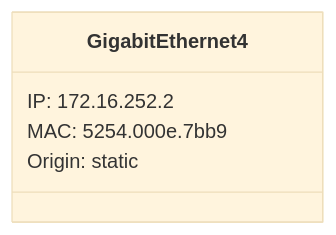
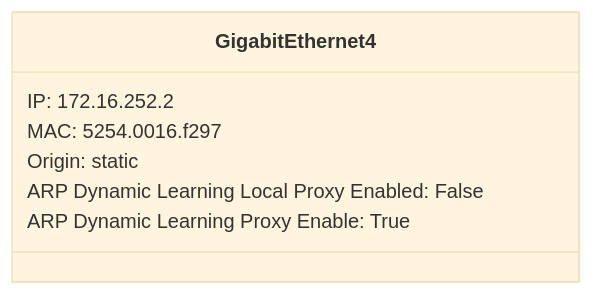
The sixth of 11 diagrams in Examples/IOS-XE/dist-rtr01 arp class.md (automateyournetwork/pyYAHTS), drawn with Mermaid (base theme) before and after one commit. The commit also changed other lines of this file and 34 other files, not shown here.

Commit message:
ios-xe class diagrams

````diff
--- a/Examples/IOS-XE/dist-rtr01 arp class.md
+++ b/Examples/IOS-XE/dist-rtr01 arp class.md
@@ -42,8 +52,10 @@
 ```mermaid
 classDiagram
 class GigabitEthernet4{
 IP: 172.16.252.2
-MAC: 5254.000e.7bb9
+MAC: 5254.0016.f297
 Origin: static
+ARP Dynamic Learning Local Proxy Enabled: False
+ARP Dynamic Learning Proxy Enable: True
 }
 ```
````
